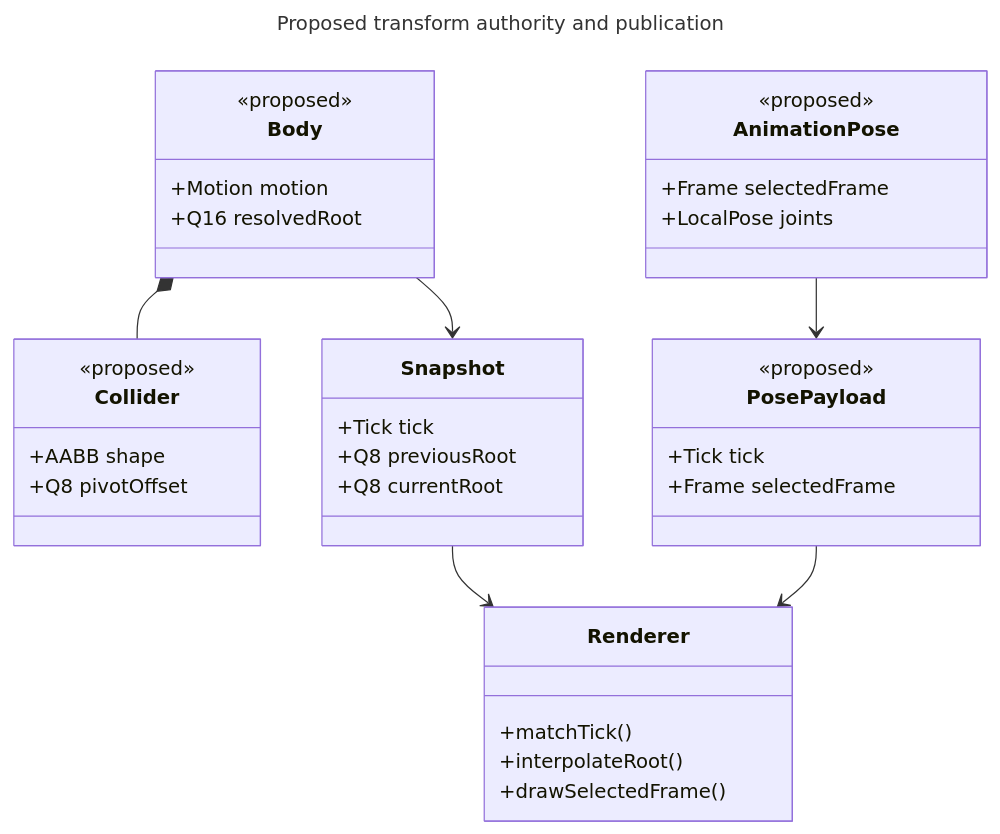
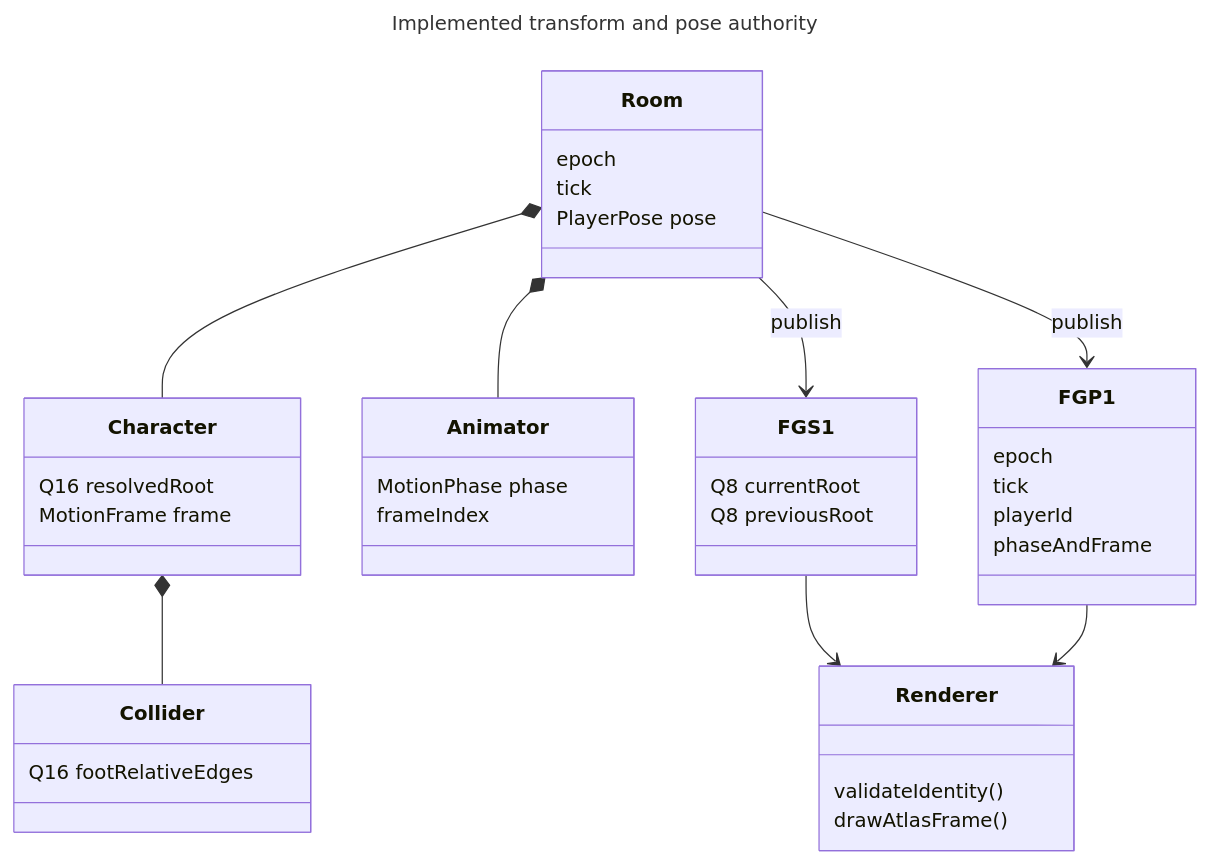
The diagram in docs/architecture/diagrams/mermaid/game-physics-authority.mmd (roachmaster/homelab), drawn with Mermaid before and after one commit. The commit also changed 120 other files, not shown here.

```diff
--- a/docs/architecture/diagrams/mermaid/game-physics-authority.mmd
+++ b/docs/architecture/diagrams/mermaid/game-physics-authority.mmd
@@ -1,40 +1,42 @@
 ---
-title: Proposed transform authority and publication
+title: Implemented transform and pose authority
 ---
 classDiagram
     direction TB
-    class Body {
-        <<proposed>>
-        +Motion motion
-        +Q16 resolvedRoot
+    class Character {
+        Q16 resolvedRoot
+        MotionFrame frame
     }
     class Collider {
-        <<proposed>>
-        +AABB shape
-        +Q8 pivotOffset
+        Q16 footRelativeEdges
     }
-    class AnimationPose {
-        <<proposed>>
-        +Frame selectedFrame
-        +LocalPose joints
+    class Animator {
+        MotionPhase phase
+        frameIndex
     }
-    class Snapshot {
-        +Tick tick
-        +Q8 previousRoot
-        +Q8 currentRoot
+    class Room {
+        epoch
+        tick
+        PlayerPose pose
     }
-    class PosePayload {
-        <<proposed>>
-        +Tick tick
-        +Frame selectedFrame
+    class FGS1 {
+        Q8 currentRoot
+        Q8 previousRoot
+    }
+    class FGP1 {
+        epoch
+        tick
+        playerId
+        phaseAndFrame
     }
     class Renderer {
-        +matchTick()
-        +interpolateRoot()
-        +drawSelectedFrame()
+        validateIdentity()
+        drawAtlasFrame()
     }
-    Body *-- Collider
-    Body --> Snapshot
-    AnimationPose --> PosePayload
-    Snapshot --> Renderer
-    PosePayload --> Renderer
+    Character *-- Collider
+    Room *-- Character
+    Room *-- Animator
+    Room --> FGS1 : publish
+    Room --> FGP1 : publish
+    FGS1 --> Renderer
+    FGP1 --> Renderer
```
